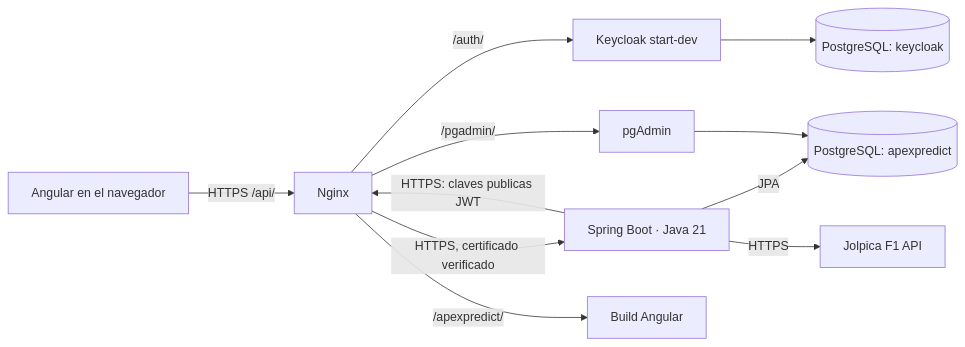
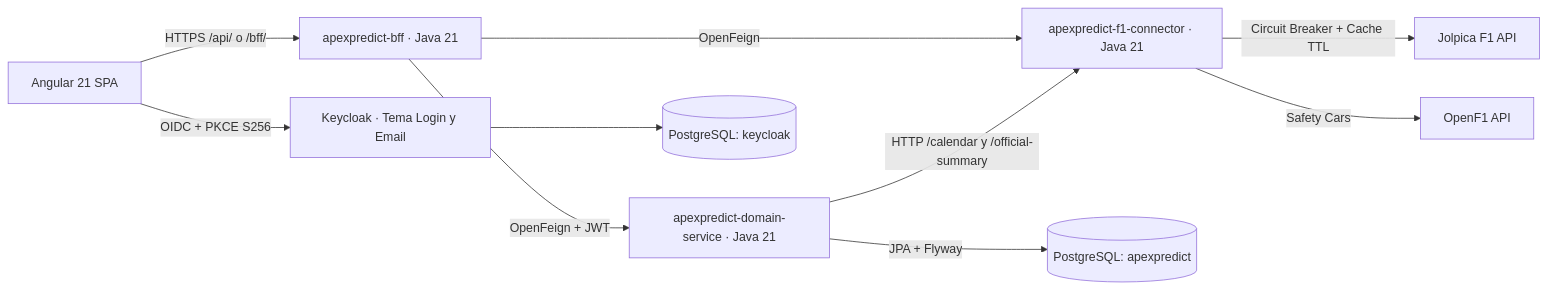
One commit to 7adeoGala/DACS changed the diagram in README.md. Above: the diagram before and after it, drawn with Mermaid. The commit also changed other lines of this file and 70 other files, not shown here.

````diff
--- a/README.md
+++ b/README.md
@@ -39,13 +39,12 @@
 ```mermaid
 flowchart LR
-    Browser[Angular en el navegador] -->|HTTPS /api/| Nginx[Nginx]
-    Nginx -->|HTTPS, certificado verificado| BFF[Spring Boot · Java 21]
-    Nginx -->|/auth/| Keycloak[Keycloak start-dev]
-    Nginx -->|/pgadmin/| PgAdmin[pgAdmin]
-    Nginx -->|/apexpredict/| Static[Build Angular]
-    BFF -->|JPA| DB[(PostgreSQL: apexpredict)]
-    BFF -->|HTTPS| Jolpica[Jolpica F1 API]
-    BFF -->|HTTPS: claves publicas JWT| Nginx
+    Browser[Angular 21 SPA] -->|HTTPS /api/ o /bff/| BFF[apexpredict-bff · Java 21]
+    BFF -->|OpenFeign + JWT| Domain[apexpredict-domain-service · Java 21]
+    BFF -->|OpenFeign| Connector[apexpredict-f1-connector · Java 21]
+    Domain -->|HTTP /calendar y /official-summary| Connector
+    Domain -->|JPA + Flyway| DB[(PostgreSQL: apexpredict)]
+    Connector -->|Circuit Breaker + Cache TTL| Jolpica[Jolpica F1 API]
+    Connector -->|Safety Cars| OpenF1[OpenF1 API]
+    Browser -->|OIDC + PKCE S256| Keycloak[Keycloak · Tema Login y Email]
     Keycloak --> AuthDB[(PostgreSQL: keycloak)]
-    PgAdmin --> DB
 ```
````
